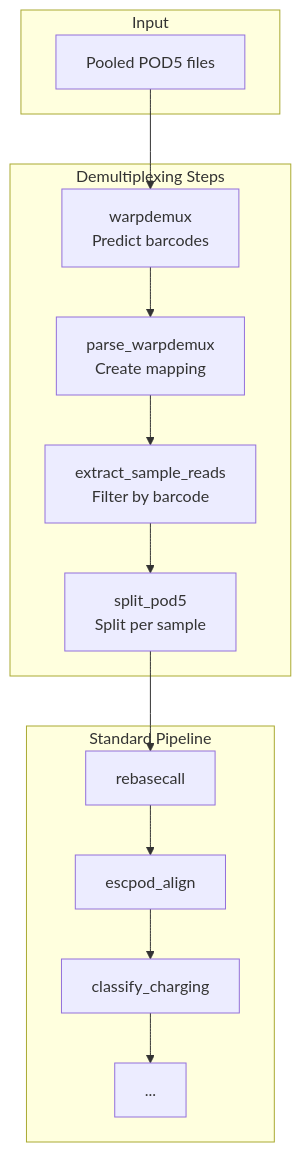
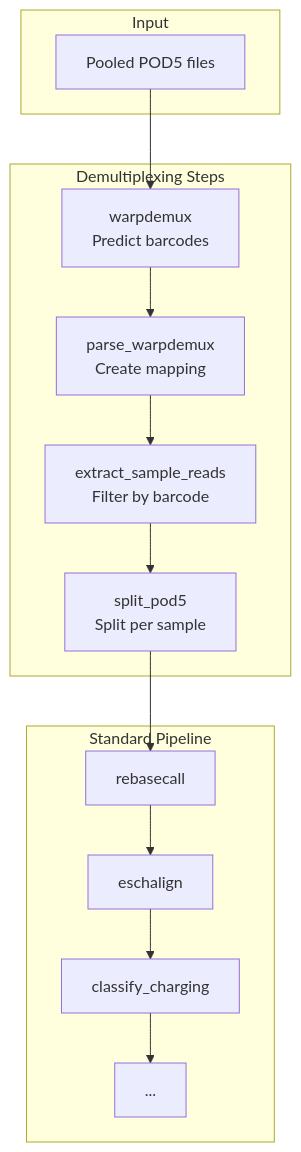
Before and after one commit to rnabioco/aa-tRNA-seq-pipeline: the second of 3 diagrams in docs/workflow/demultiplexing.md, drawn with Mermaid. The commit also changed other lines of this file and 37 other files, not shown here.

First line of the commit message:
feat(align): migrate alignment from escpod align to eschalign (#203)

````diff
--- a/docs/workflow/demultiplexing.md
+++ b/docs/workflow/demultiplexing.md
@@ -245,22 +245,22 @@
 ```mermaid
 flowchart TB
     subgraph Input
         A[Pooled POD5 files]
     end
 
     subgraph Demux[Demultiplexing Steps]
         B[warpdemux<br/>Predict barcodes]
         C[parse_warpdemux<br/>Create mapping]
         D[extract_sample_reads<br/>Filter by barcode]
         E[split_pod5<br/>Split per sample]
     end
 
     subgraph Standard[Standard Pipeline]
         F[rebasecall]
-        G[escpod_align]
+        G[eschalign]
         H[classify_charging]
         I[...]
     end
 
     A --> B --> C --> D --> E --> F --> G --> H --> I
 ```
````
